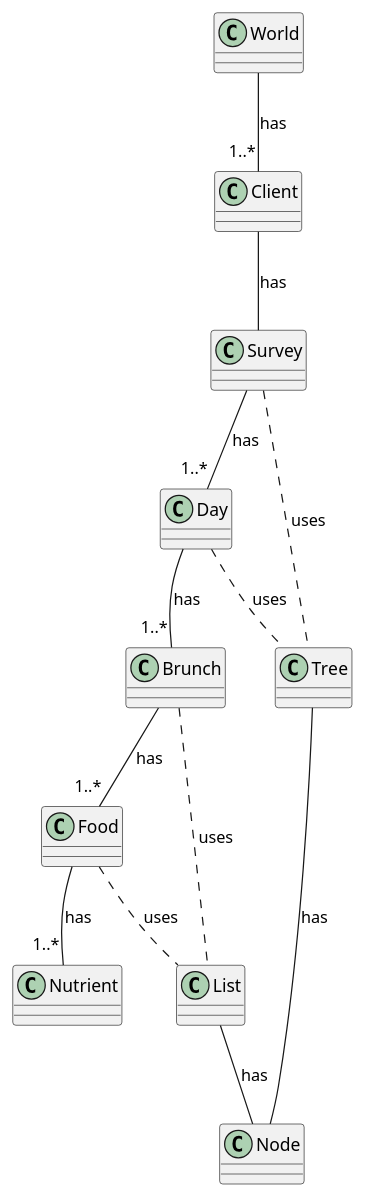
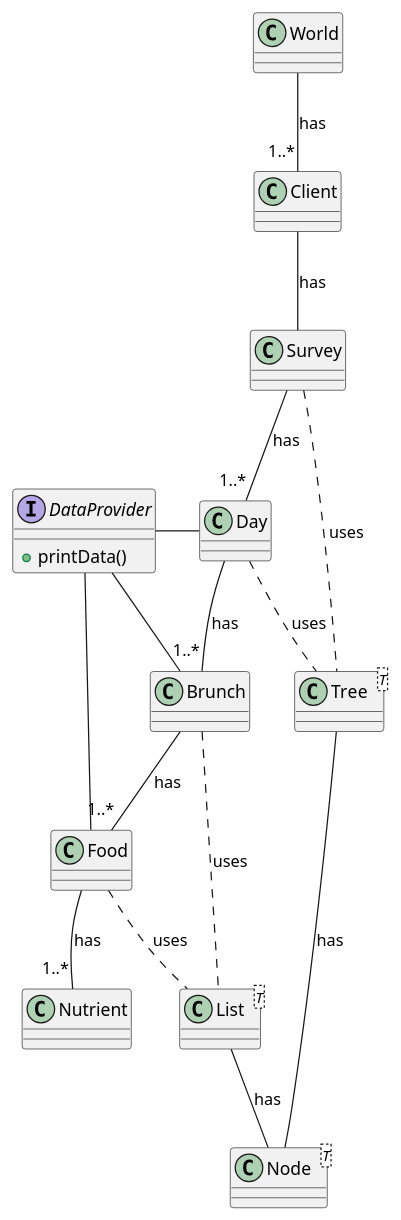
Before and after one commit to mmasias/23-24-eda1: the diagram in entregas/quiñonezJorge/ClassDiagram.puml, drawn with PlantUML. The commit also changed 7 other files, not shown here.

Commit message:
feature/creation-of-food-list-in-brunches-and-clear-terminal-on-printing

```diff
--- a/entregas/quiñonezJorge/ClassDiagram.puml
+++ b/entregas/quiñonezJorge/ClassDiagram.puml
@@ -1,25 +1,32 @@
 @startuml class diagram
+interface DataProvider{
+ + printData()
+}
 class World{}
 class Client{}
 class Survey{}
 class Day{}
 class Brunch{}
 class Food{}
 class Nutrient{}
-class Tree{}
-class Node{}
-class List{}
+class Tree<T>{}
+class Node<T>{}
+class List<T>{}
+
 
 World -- "1..*" Client : has
 Client -- Survey : has
 Survey -- "1..*" Day : has
 Survey .. Tree : uses
 Day .. Tree : uses
 Day -- "1..*" Brunch : has
+Day -left- DataProvider
 Brunch .. List : uses
 Brunch -- "1..*" Food : has
+Brunch -left- DataProvider
 Food .. List : uses
 Food -- "1..*" Nutrient : has
+Food -left- DataProvider
 Tree -- Node : has
 List -- Node : has
 @enduml
```
